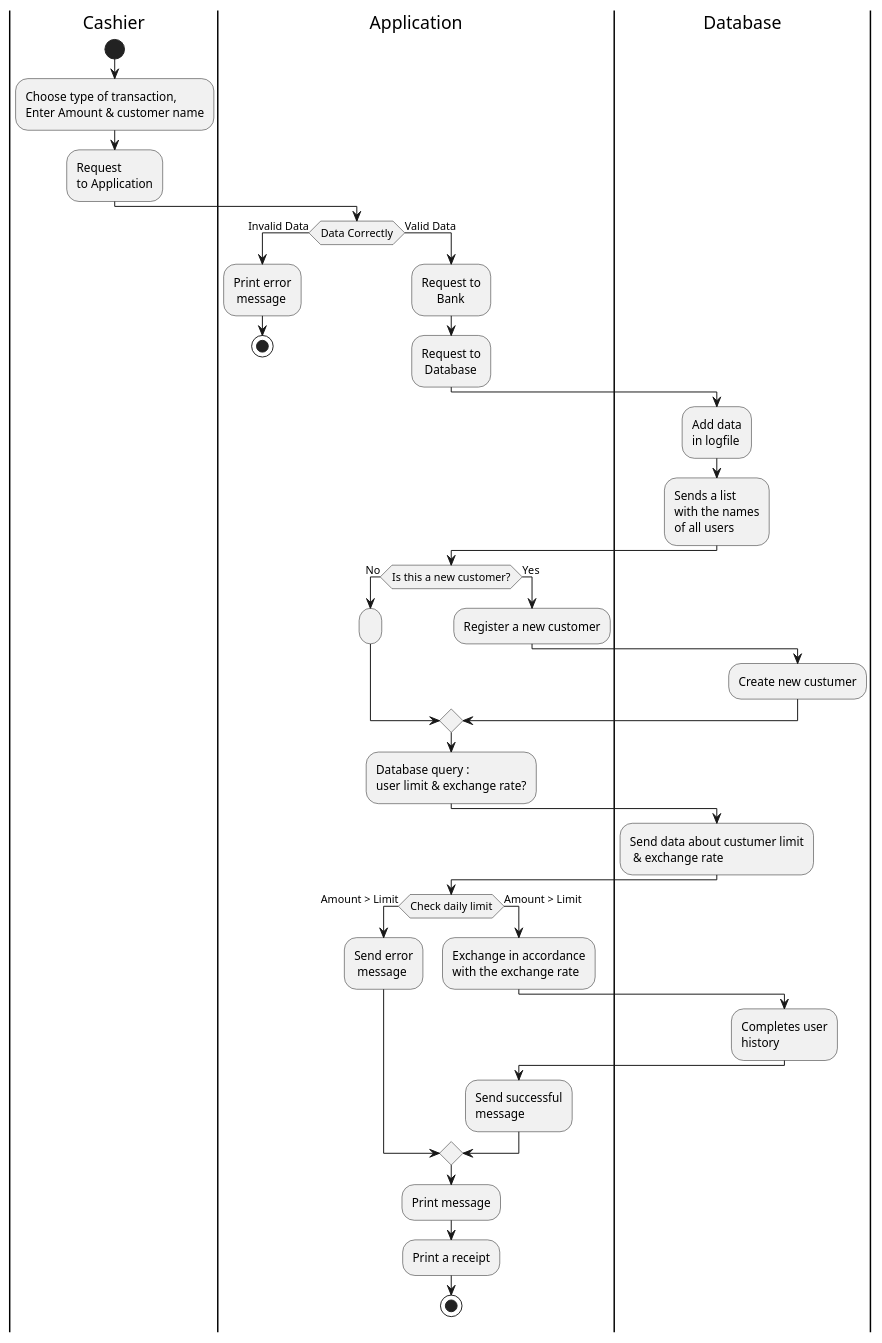
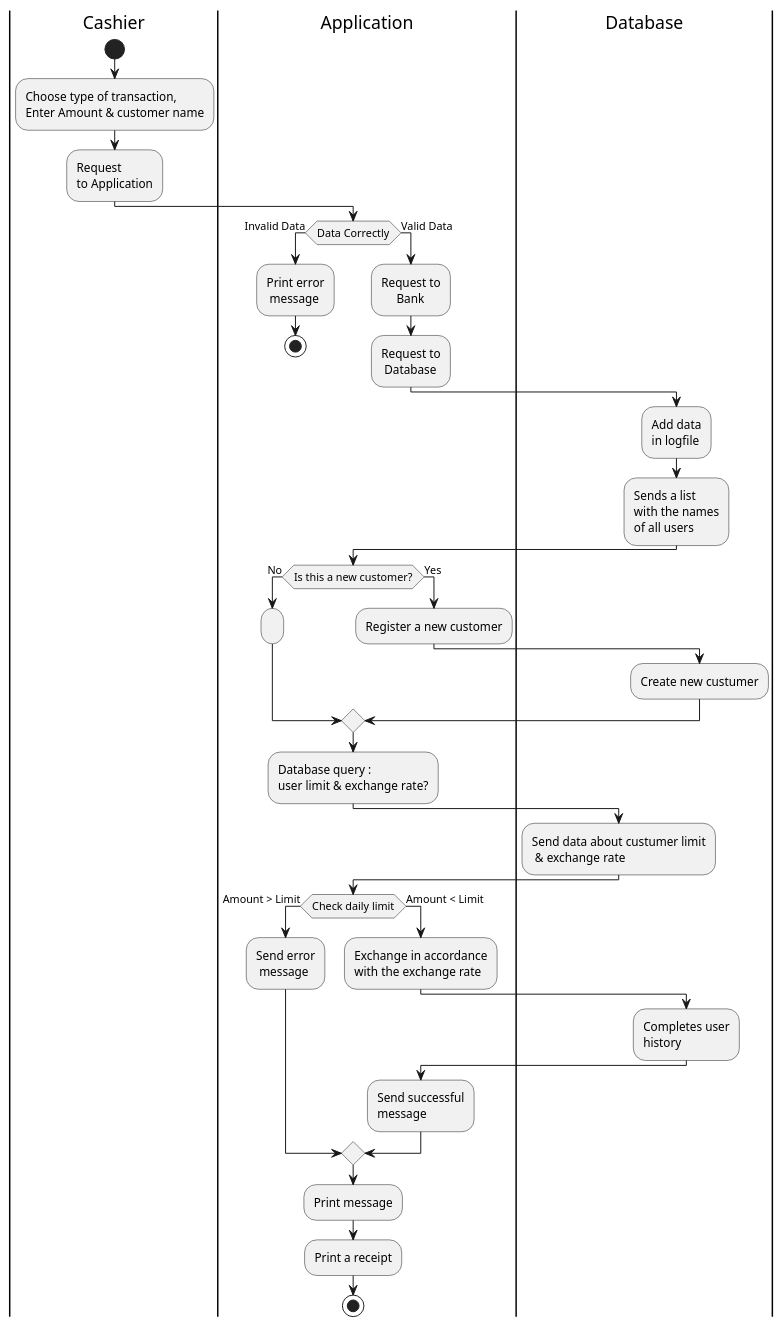
Before and after one commit to DanilaKe/ExchangeOfficeApplication: the diagram in ExchangeOfficeApplication/UML/ActivityTransactionDiagram.puml, drawn with PlantUML. The commit also changed other lines of this file and 5 other files, not shown here.

```diff
--- a/ExchangeOfficeApplication/UML/ActivityTransactionDiagram.puml
+++ b/ExchangeOfficeApplication/UML/ActivityTransactionDiagram.puml
@@ -1,43 +1,44 @@
 @startuml
-|Cashier|
-    start
-    :Choose type of transaction,
-    Enter Amount & customer name;
-    :Request\nto Application;
-|Application|
-    if (Data Correctly) then (Invalid Data)
-      :Print error\n message;
-      stop
-    else (Valid Data)
-      :Request to\n     Bank;
-    :Request to\n Database;
-|Database|
-    :Add data\nin logfile;
-    :Sends a list\nwith the names\nof all users;
-|Application|
-    if (Is this a new customer?) then (No)
-    :;
-|Application|
-    else (Yes)
-      :Register a new customer;
-|Database|
-      :Create new custumer;     
-    endif
-|Application|
-    :Database query :\nuser limit & exchange rate?;
-|Database|
-    :Send data about custumer limit\n & exchange rate;
-|Application|
-    if (Check daily limit) then (Amount > Limit)
-      :Send error\n message;
-    else (Amount > Limit)
-      :Exchange in accordance\nwith the exchange rate;
-|Database|
-      :Completes user\nhistory;
-|Application|
-      :Send successful\nmessage;
-    endif
-    :Print message;
-    :Print a receipt;
-stop
+    |Cashier|
+        start
+            :Choose type of transaction,
+            Enter Amount & customer name;
+            :Request\nto Application;
+    |Application|
+            if (Data Correctly) then (Invalid Data)
+                :Print error\n message;
+                stop
+            else (Valid Data)
+                :Request to\n     Bank;
+                :Request to\n Database;
+    |Database|
+                :Add data\nin logfile;
+                :Sends a list\nwith the names\nof all users;
+            endif
+    |Application|
+            if (Is this a new customer?) then (No)
+            :;
+    |Application|
+            else (Yes)
+                :Register a new customer;
+    |Database|
+                :Create new custumer;     
+            endif
+    |Application|
+            :Database query :\nuser limit & exchange rate?;
+    |Database|
+            :Send data about custumer limit\n & exchange rate;
+    |Application|
+            if (Check daily limit) then (Amount > Limit)
+                :Send error\n message;
+            else (Amount < Limit)
+                :Exchange in accordance\nwith the exchange rate;
+    |Database|
+                :Completes user\nhistory;
+    |Application|
+                :Send successful\nmessage;
+            endif
+            :Print message;
+            :Print a receipt;
+        stop
 @enduml
```
